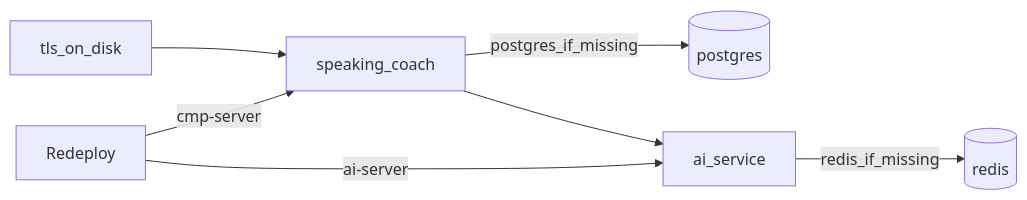
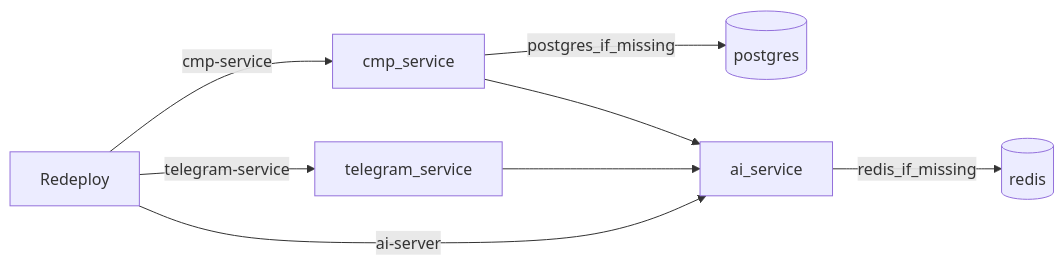
Before and after one commit to greenblat17/1billion-dollar-startup: the diagram in ai_docs/deploy.md, drawn with Mermaid. The commit also changed other lines of this file and 39 other files, not shown here.

Commit message:
Give telegram-service and cmp-service their own processes and point DEV deploys at service-named secrets.

````diff
--- a/ai_docs/deploy.md
+++ b/ai_docs/deploy.md
@@ -26,15 +29,16 @@
 ```mermaid
 flowchart LR
   redeploy[Redeploy]
-  ktor[speaking_coach]
+  cmp[cmp_service]
+  tg[telegram_service]
   postgres[(postgres)]
   ai[ai_service]
   redis[(redis)]
-  tls[tls_on_disk]
-  redeploy -->|cmp-server| ktor
+  redeploy -->|cmp-service| cmp
+  redeploy -->|telegram-service| tg
   redeploy -->|ai-server| ai
   ai -->|redis_if_missing| redis
-  ktor -->|postgres_if_missing| postgres
-  ktor --> ai
-  tls --> ktor
+  cmp -->|postgres_if_missing| postgres
+  cmp --> ai
+  tg --> ai
 ```
````
